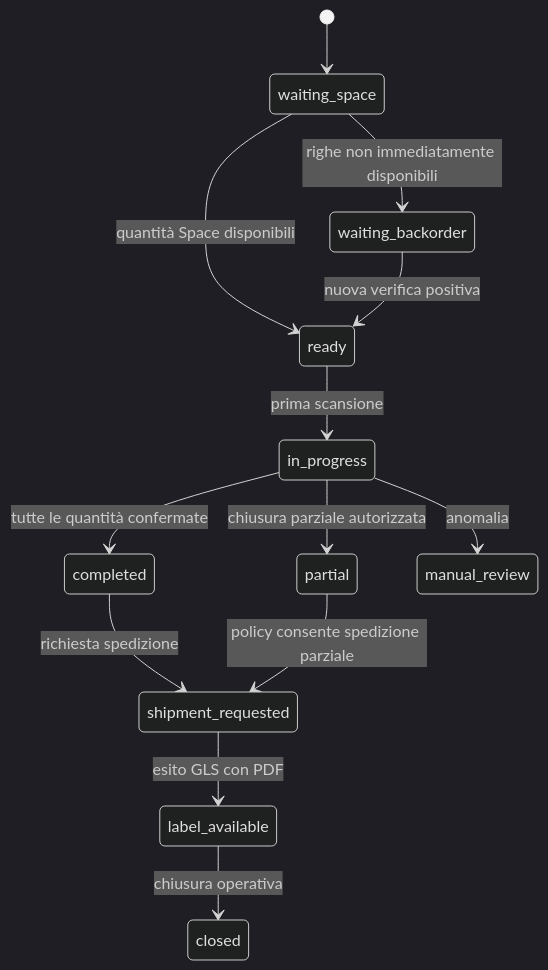
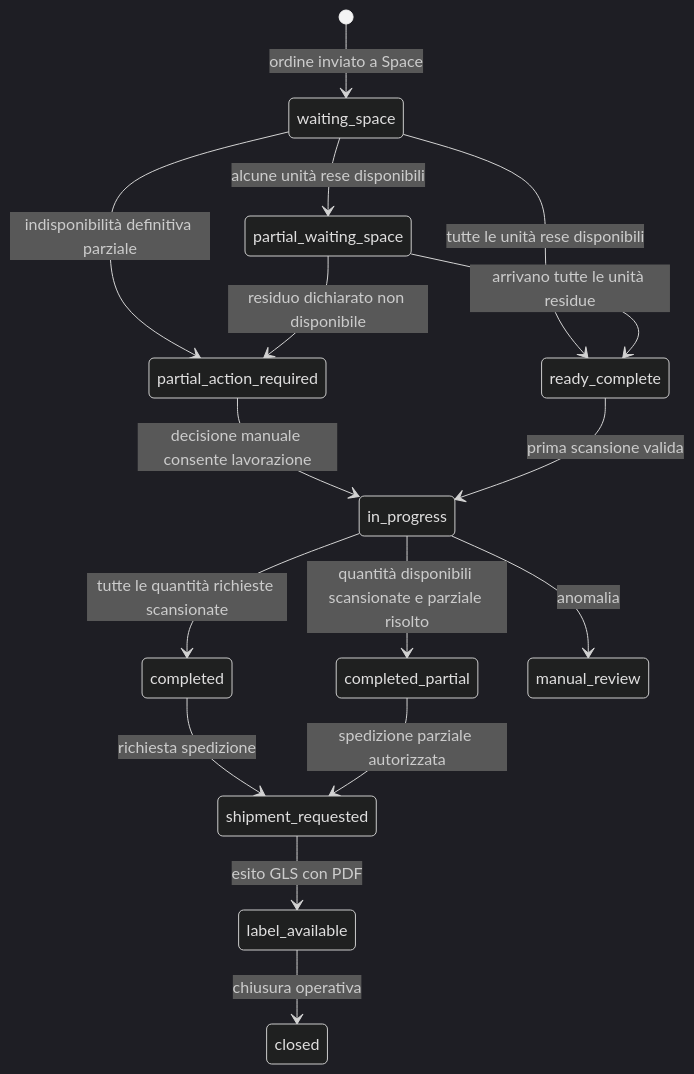
The second of 3 diagrams in docs/SYSTEM_NOTES.md (jellero/hapa), drawn with Mermaid (dark theme) before and after one commit. The commit also changed other lines of this file, not shown here.

Commit message:
Chiarisci identità login e flusso picking Space

````diff
--- a/docs/SYSTEM_NOTES.md
+++ b/docs/SYSTEM_NOTES.md
@@ -266,15 +333,18 @@
 ```mermaid
 stateDiagram-v2
-    [*] --> waiting_space
-    waiting_space --> ready: quantità Space disponibili
-    waiting_space --> waiting_backorder: righe non immediatamente disponibili
-    waiting_backorder --> ready: nuova verifica positiva
-    ready --> in_progress: prima scansione
-    in_progress --> completed: tutte le quantità confermate
-    in_progress --> partial: chiusura parziale autorizzata
+    [*] --> waiting_space: ordine inviato a Space
+    waiting_space --> partial_waiting_space: alcune unità rese disponibili
+    waiting_space --> ready_complete: tutte le unità rese disponibili
+    waiting_space --> partial_action_required: indisponibilità definitiva parziale
+    partial_waiting_space --> ready_complete: arrivano tutte le unità residue
+    partial_waiting_space --> partial_action_required: residuo dichiarato non disponibile
+    partial_action_required --> in_progress: decisione manuale consente lavorazione
+    ready_complete --> in_progress: prima scansione valida
+    in_progress --> completed: tutte le quantità richieste scansionate
+    in_progress --> completed_partial: quantità disponibili scansionate e parziale risolto
     in_progress --> manual_review: anomalia
     completed --> shipment_requested: richiesta spedizione
-    partial --> shipment_requested: policy consente spedizione parziale
+    completed_partial --> shipment_requested: spedizione parziale autorizzata
     shipment_requested --> label_available: esito GLS con PDF
     label_available --> closed: chiusura operativa
 ```
````
